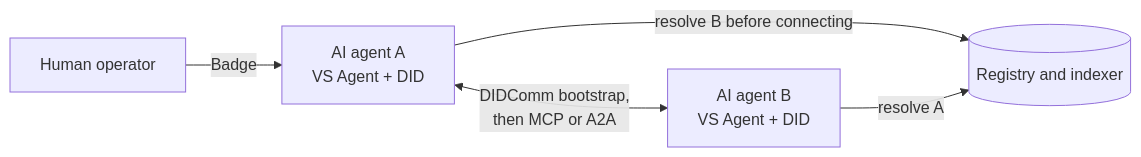
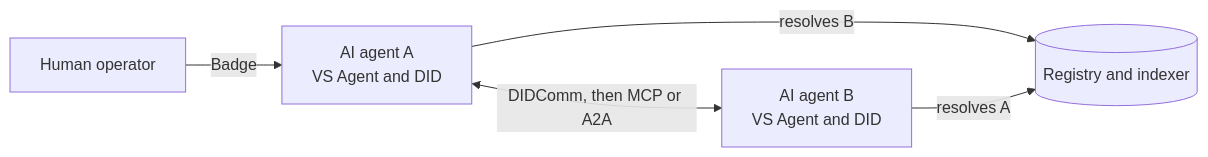
One commit to verana-labs/verana-docs changed the diagram in docs/understand/identity/verifiable-ai-agents.md. Above: the diagram before and after it, drawn with Mermaid. The commit also changed 4 other files, not shown here.

Commit message:
docs(understand): diagrams with single-line edge labels, no overlapping text

````diff
--- a/docs/understand/identity/verifiable-ai-agents.md
+++ b/docs/understand/identity/verifiable-ai-agents.md
@@ -11,7 +11,7 @@
 ```mermaid
 flowchart LR
-  A1[AI agent A<br/>VS Agent + DID] -->|resolve B before connecting| R[(Registry and indexer)]
-  A2[AI agent B<br/>VS Agent + DID] -->|resolve A| R
-  A1 <-->|DIDComm bootstrap,<br/>then MCP or A2A| A2
+  A1[AI agent A<br/>VS Agent and DID] -->|resolves B| R[(Registry and indexer)]
+  A2[AI agent B<br/>VS Agent and DID] -->|resolves A| R
+  A1 <-->|DIDComm, then MCP or A2A| A2
   H[Human operator] -->|Badge| A1
 ```
````
